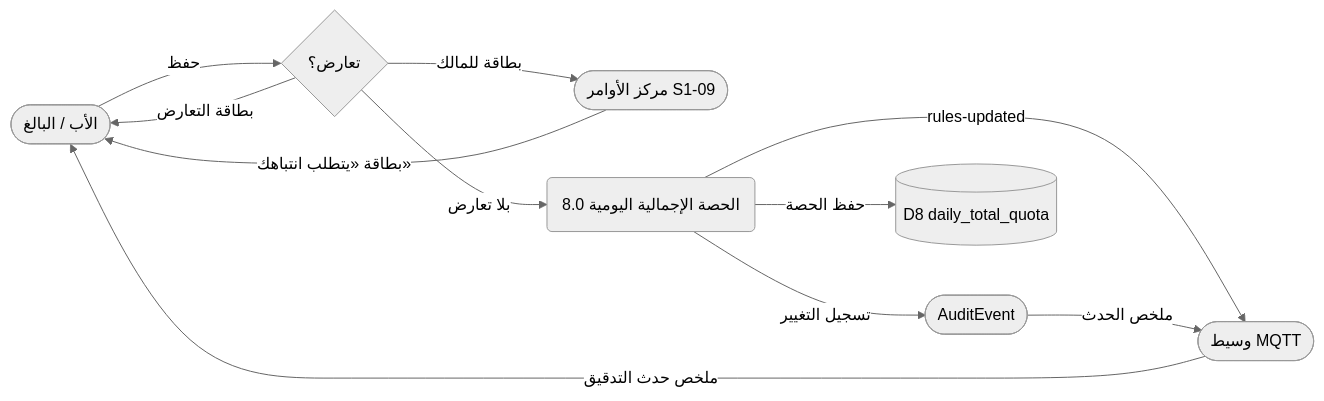
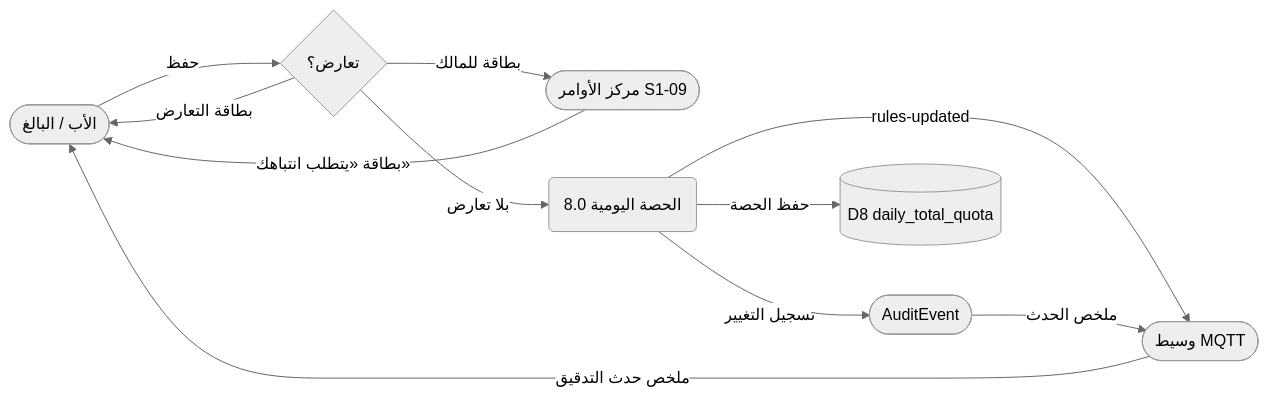
Before and after one commit to Bassam-mohammed-alqaeadi/family-os-v2: diagram 33 of 45 in docs/family-os/governance/phases/phase-1/S1-10-protection-and-enforcement/DIAGRAMS.md, drawn with Mermaid (neutral theme). The commit also changed other lines of this file, not shown here.

````diff
--- a/docs/family-os/governance/phases/phase-1/S1-10-protection-and-enforcement/DIAGRAMS.md
+++ b/docs/family-os/governance/phases/phase-1/S1-10-protection-and-enforcement/DIAGRAMS.md
@@ -1254,21 +1261,21 @@
 ```mermaid
 flowchart LR
     Father([الأب / البالغ])
     S109([مركز الأوامر S1-09])
     MQTT([وسيط MQTT])
     Audit([AuditEvent])
     Check{تعارض؟}
-    P8(8.0 الحصة الإجمالية اليومية)
+    P8(8.0 الحصة اليومية)
     D8[(D8 daily_total_quota)]
 
     Father -->|حفظ| Check
     Check -->|بلا تعارض| P8
     Check -->|بطاقة التعارض| Father
     Check -->|بطاقة للمالك| S109
     S109 -->|بطاقة «يتطلب انتباهك»| Father
     P8 -->|حفظ الحصة| D8
     P8 -->|rules-updated| MQTT
     P8 -->|تسجيل التغيير| Audit
     Audit -->|ملخص الحدث| MQTT
     MQTT -->|ملخص حدث التدقيق| Father
 ```
````
